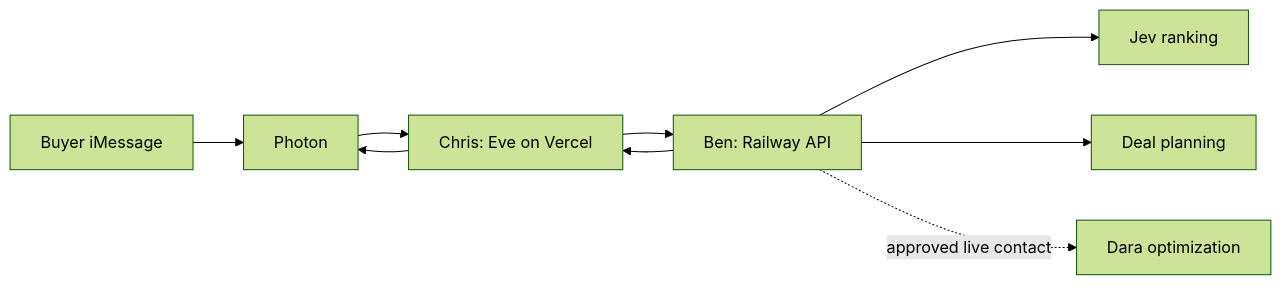
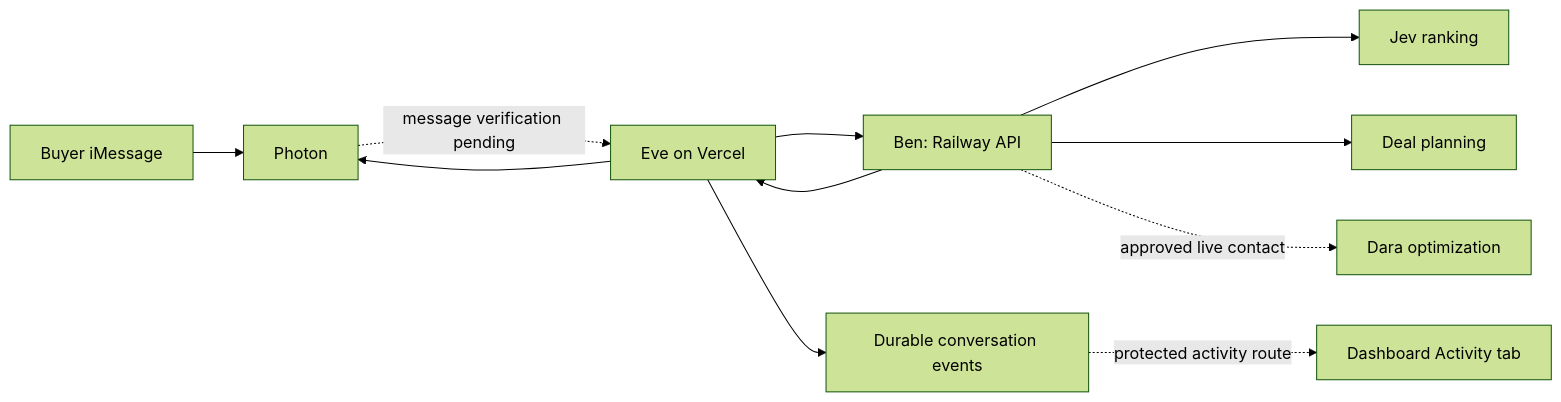
The diagram in docs/eve-integration.md (benikigai/JEVgotiator), drawn with Mermaid (forest theme) before and after one commit. The commit also changed other lines of this file and 18 other files, not shown here.

Commit message:
Show live Eve conversations and Jev evidence in the dashboard

````diff
--- a/docs/eve-integration.md
+++ b/docs/eve-integration.md
@@ -5,11 +5,13 @@
 ```mermaid
 flowchart LR
     Buyer[Buyer iMessage] --> Photon[Photon]
-    Photon --> Eve[Chris: Eve on Vercel]
+    Photon -. message verification pending .-> Eve[Eve on Vercel]
     Eve --> API[Ben: Railway API]
     API --> Jev[Jev ranking]
     API --> Plan[Deal planning]
     API -. approved live contact .-> Dara[Dara optimization]
     API --> Eve
     Eve --> Photon
+    Eve --> Records[Durable conversation events]
+    Records -. protected activity route .-> Dashboard[Dashboard Activity tab]
 ```
````
